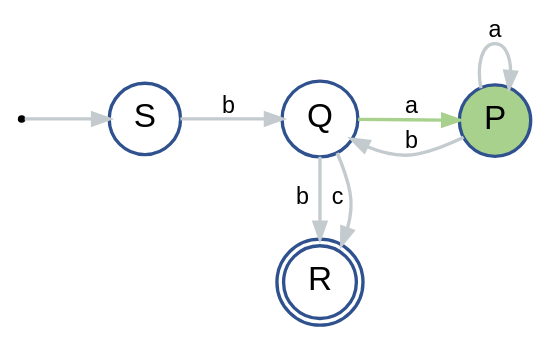
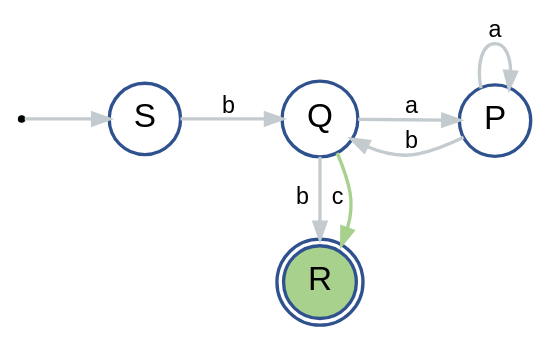
Before and after one commit to rosedth/FSM-Adaptable: the diagram in adaptable-fsm/FSM.dot, drawn with Graphviz. The commit also changed 6 other files, not shown here.

```diff
--- a/adaptable-fsm/FSM.dot
+++ b/adaptable-fsm/FSM.dot
@@ -1,69 +1,69 @@
 digraph G {
 
   graph [
     forcelabels=true;
     bgcolor = white,
     fontsize = 20,
     style = "filled",
     rankdir = LR,
     overlap = false;
     splines = true,
     ranksep = 0.7,
     nodesep = 0.35,
   ];
   
   node [
     style = "solid,bold,filled",
     fontsize = 20,
     shape=circle,
     fontname = "Arial",
     color = "#2f528f",
     fillcolor=white,
   ];
   
   edge [
     style = "solid,bold",
     fontsize = 14,
     fontcolor = black,
     fontname = "Arial",
     color = "#c3cbcf",
     labelfloat = false,
     labeldistance = 0.5,
     labelangle = 90
     arrowhead = normal
   ];
   
 
   # NODES
 
   o [style=solid,color=black,fillcolor=black,shape=point];
 
-  P[fillcolor="#a9d18e"];
+  P;
 
   Q;
 
-  R[shape = doublecircle];
+  R[shape = doublecircle,fillcolor="#a9d18e"];
 
   S;
 
   # TRANSITIONS
 
   o -> S;
 
-  Q -> P [color="#a9d18e",label = a];
+  P -> P [label = a];
+
+  Q -> P [label = a];
 
   P -> Q [label = b];
-
-  P -> P [label = a];
 
   S -> Q [label = b];
 
   {rank=same
 
-  Q -> R [label = c];
+  Q -> R [color="#a9d18e",label = c];
 
   Q -> R [label = b];
 
   }
 
 }
```
